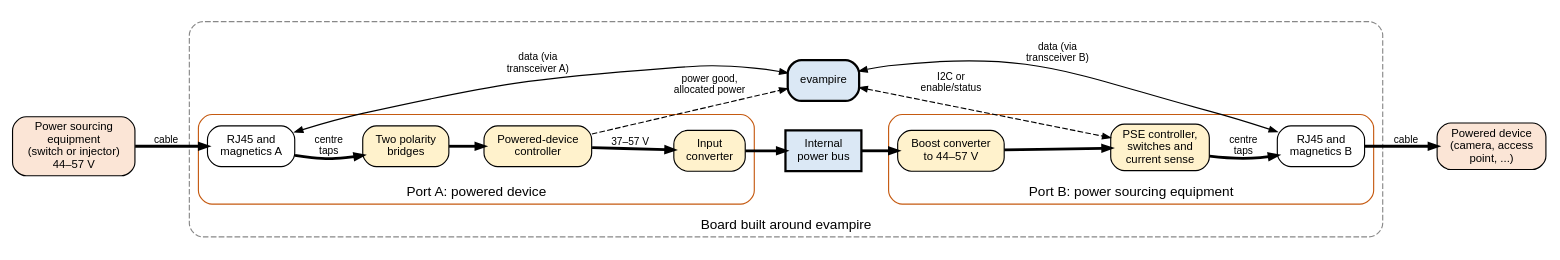
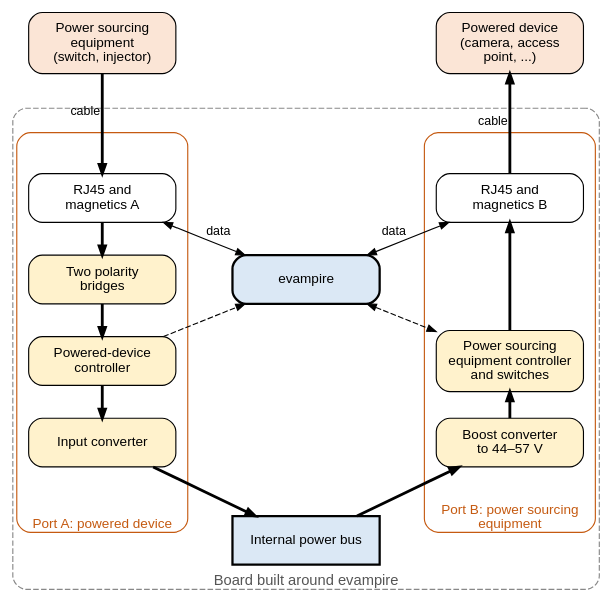
Before and after one commit to mithro/evampire: the diagram in docs/power/poe/system.dot, drawn with Graphviz. The commit also changed 4 other files, not shown here.

Commit message:
Redraw the system diagram on a fixed grid that fits the page width

```diff
--- a/docs/power/poe/system.dot
+++ b/docs/power/poe/system.dot
@@ -1,57 +1,72 @@
 // Power over Ethernet on a first-version evampire board: port A receives
 // power as a powered device, port B supplies power as power sourcing
 // equipment. Bold arrows: power. Thin arrows: data. Dashed arrows: control.
 //
+// The blocks are placed on a fixed grid (positions in inches) so that the
+// diagram fits the width of a documentation page:
+//
+//   column 1 (x=1.1)  port A, power flowing down from the cable
+//   column 2 (x=3.6)  internal power bus and evampire
+//   column 3 (x=6.1)  port B, power flowing up to the cable
+//
 // SPDX-License-Identifier: Apache-2.0
 
 digraph poe_system {
-    graph [rankdir=LR, fontname="Helvetica", fontsize=12, nodesep=0.3,
-           ranksep=0.4, newrank=true];
+    graph [layout=neato, splines=false, overlap=true, outputorder=nodesfirst,
+           fontname="Helvetica"];
     node  [shape=box, style="rounded,filled", fillcolor="#f2f2f2",
-           fontname="Helvetica", fontsize=10];
-    edge  [fontname="Helvetica", fontsize=9, arrowsize=0.7];
+           fontname="Helvetica", fontsize=12, width=1.8, height=0.6,
+           fixedsize=true];
+    edge  [fontname="Helvetica", fontsize=11, arrowsize=0.8];
 
-    up   [label="Power sourcing\nequipment\n(switch or injector)\n44–57 V", fillcolor="#fbe5d6"];
-    down [label="Powered device\n(camera, access\npoint, ...)", fillcolor="#fbe5d6"];
+    // Outlines, drawn first so they sit behind the blocks.
+    board [label="Board built around evampire", labelloc=b, fontsize=13,
+           fontcolor="#555555", pos="3.6,5.15!", width=7.2, height=5.9,
+           style="rounded,dashed", color="#888888", fillcolor="none"];
+    port_a [label="Port A: powered device", labelloc=b, fontsize=12,
+            fontcolor="#c55a11", pos="1.1,5.35!", width=2.1, height=4.9,
+            style="rounded", color="#c55a11", fillcolor="none"];
+    port_b [label="Port B: power sourcing\nequipment", labelloc=b,
+            fontsize=12, fontcolor="#c55a11", pos="6.1,5.35!", width=2.1,
+            height=4.9, style="rounded", color="#c55a11", fillcolor="none"];
 
-    subgraph cluster_board {
-        label="Board built around evampire"; labelloc="b";
-        style="rounded,dashed"; color="#888888";
+    // Equipment at the far ends of the two cables.
+    up   [pos="1.1,8.9!", label="Power sourcing\nequipment\n(switch, injector)",
+          height=0.75, fillcolor="#fbe5d6"];
+    down [pos="6.1,8.9!", label="Powered device\n(camera, access\npoint, ...)",
+          height=0.75, fillcolor="#fbe5d6"];
 
-        subgraph cluster_a {
-            label="Port A: powered device"; style="rounded"; color="#c55a11";
-            maga [label="RJ45 and\nmagnetics A", fillcolor="#ffffff"];
-            brg  [label="Two polarity\nbridges", fillcolor="#fff2cc"];
-            pdc  [label="Powered-device\ncontroller", fillcolor="#fff2cc"];
-            conv [label="Input\nconverter", fillcolor="#fff2cc"];
-        }
+    // Port A column.
+    maga [pos="1.1,7.0!", label="RJ45 and\nmagnetics A", fillcolor="#ffffff"];
+    brg  [pos="1.1,6.0!", label="Two polarity\nbridges", fillcolor="#fff2cc"];
+    pdc  [pos="1.1,5.0!", label="Powered-device\ncontroller", fillcolor="#fff2cc"];
+    conv [pos="1.1,4.0!", label="Input converter", fillcolor="#fff2cc"];
 
-        bus  [label="Internal\npower bus", style="filled,bold", fillcolor="#dbe8f5"];
-        evp  [label="evampire", style="rounded,filled,bold", fillcolor="#dbe8f5"];
+    // Centre column.
+    evp  [pos="3.6,6.0!", label="evampire", style="rounded,filled,bold",
+          fillcolor="#dbe8f5"];
+    bus  [pos="3.6,2.8!", label="Internal power bus", style="filled,bold",
+          fillcolor="#dbe8f5"];
 
-        subgraph cluster_b {
-            label="Port B: power sourcing equipment"; style="rounded";
-            color="#c55a11";
-            boost [label="Boost converter\nto 44–57 V", fillcolor="#fff2cc"];
-            psec  [label="PSE controller,\nswitches and\ncurrent sense", fillcolor="#fff2cc"];
-            magb  [label="RJ45 and\nmagnetics B", fillcolor="#ffffff"];
-        }
-    }
+    // Port B column.
+    boost [pos="6.1,4.0!", label="Boost converter\nto 44–57 V", fillcolor="#fff2cc"];
+    psec  [pos="6.1,5.0!", label="Power sourcing\nequipment controller\nand switches", height=0.75, fillcolor="#fff2cc"];
+    magb  [pos="6.1,7.0!", label="RJ45 and\nmagnetics B", fillcolor="#ffffff"];
 
-    { rank=same; bus; evp; }
+    // Power path.
+    up    -> maga  [penwidth=2.5, label="cable"];
+    maga  -> brg   [penwidth=2.5];
+    brg   -> pdc   [penwidth=2.5];
+    pdc   -> conv  [penwidth=2.5];
+    conv  -> bus   [penwidth=2.5];
+    bus   -> boost [penwidth=2.5];
+    boost -> psec  [penwidth=2.5];
+    psec  -> magb  [penwidth=2.5];
+    magb  -> down  [penwidth=2.5, label="cable"];
 
-    up   -> maga  [penwidth=2.5, label="cable"];
-    maga -> brg   [penwidth=2.5, label="centre\ntaps"];
-    brg  -> pdc   [penwidth=2.5];
-    pdc  -> conv  [penwidth=2.5, label="37–57 V"];
-    conv -> bus   [penwidth=2.5];
-    bus  -> boost [penwidth=2.5];
-    boost -> psec [penwidth=2.5];
-    psec -> magb  [penwidth=2.5, label="centre\ntaps"];
-    magb -> down  [penwidth=2.5, label="cable"];
-
-    pdc  -> evp   [style=dashed, label="power good,\nallocated power"];
-    evp  -> psec  [style=dashed, dir=both, label="I2C or\nenable/status"];
-    maga -> evp   [dir=both, label="data (via\ntransceiver A)", constraint=false];
-    evp  -> magb  [dir=both, label="data (via\ntransceiver B)", constraint=false];
+    // Control and data.
+    pdc  -> evp  [style=dashed];
+    evp  -> psec [style=dashed, dir=both];
+    maga -> evp  [dir=both, label="data"];
+    evp  -> magb [dir=both, label="data"];
 }
```
